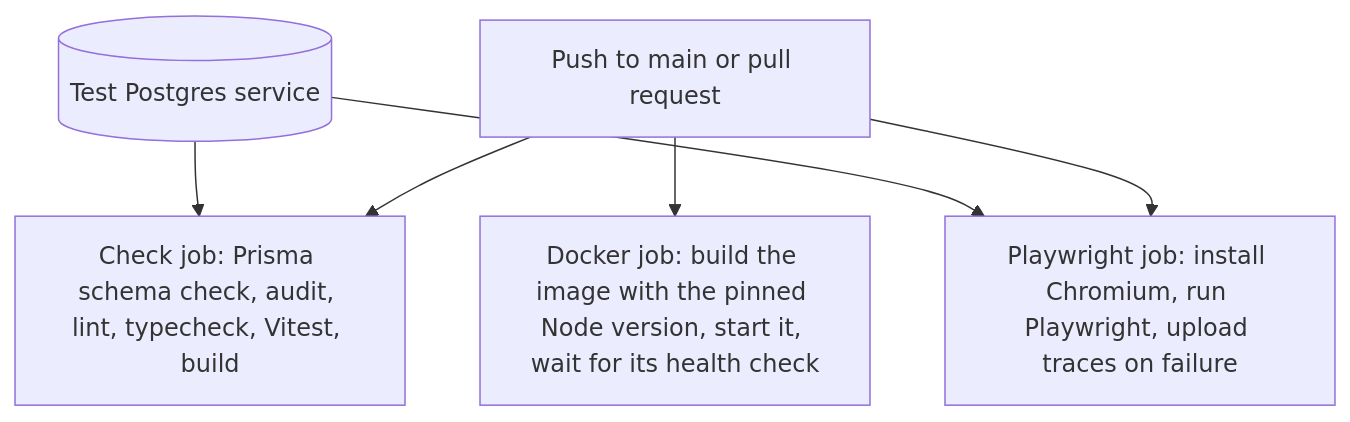
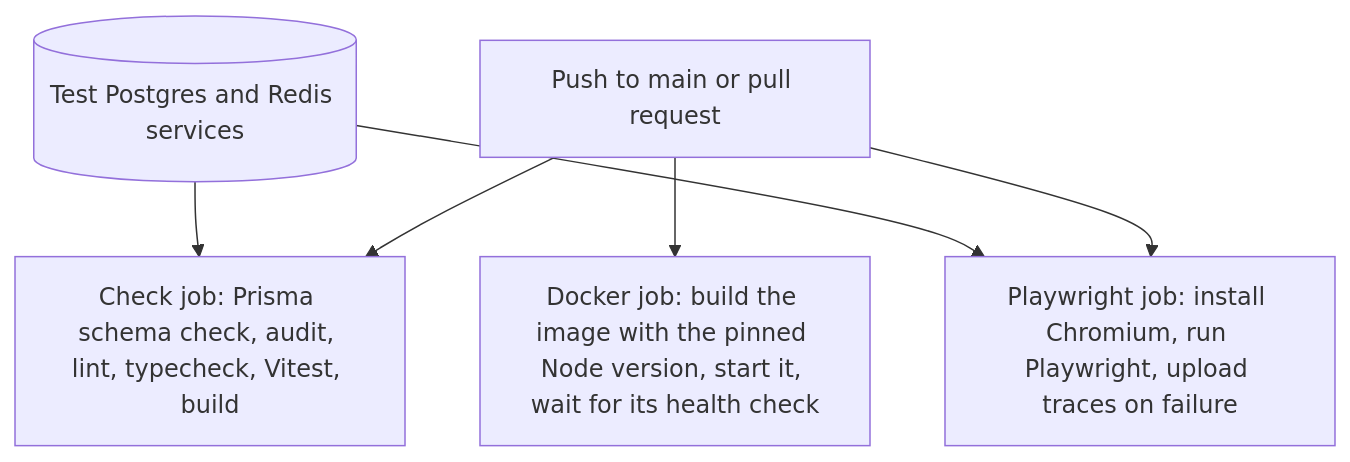
One commit to tnsgud9/nextjs-webapp-foundation changed the first of 3 diagrams in docs/delivery.md. Above: the diagram before and after it, drawn with Mermaid. The commit also changed other lines of this file and 33 other files, not shown here.

````diff
--- a/docs/delivery.md
+++ b/docs/delivery.md
@@ -9,8 +9,8 @@
 ```mermaid
 flowchart TD
   Push["Push to main or pull request"] --> Check["Check job: Prisma schema check, audit, lint, typecheck, Vitest, build"]
   Push --> PW["Playwright job: install Chromium, run Playwright, upload traces on failure"]
   Push --> Docker["Docker job: build the image with the pinned Node version, start it, wait for its health check"]
-  TestDB[("Test Postgres service")] --> Check
+  TestDB[("Test Postgres and Redis services")] --> Check
   TestDB --> PW
 ```
````
